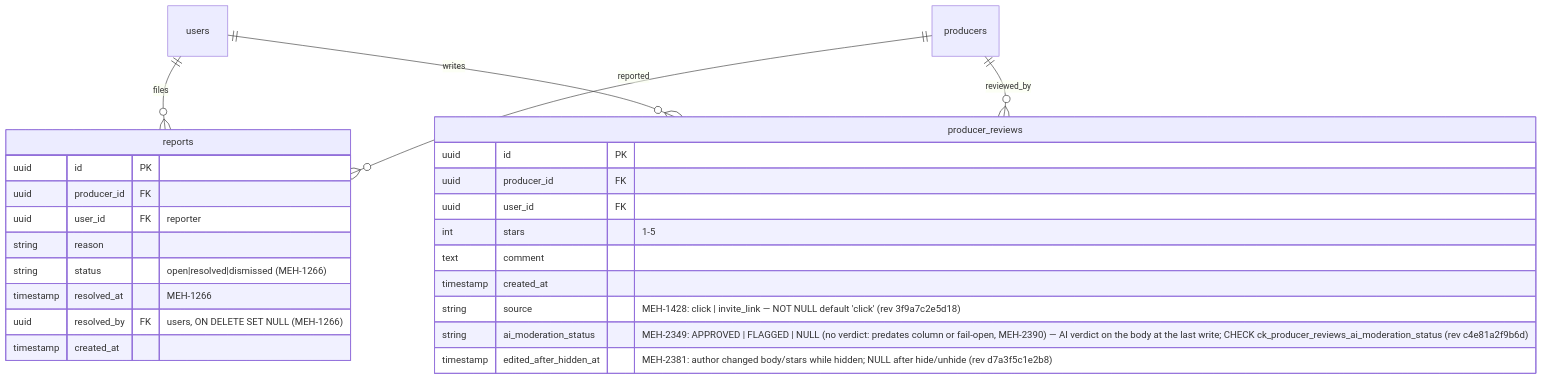
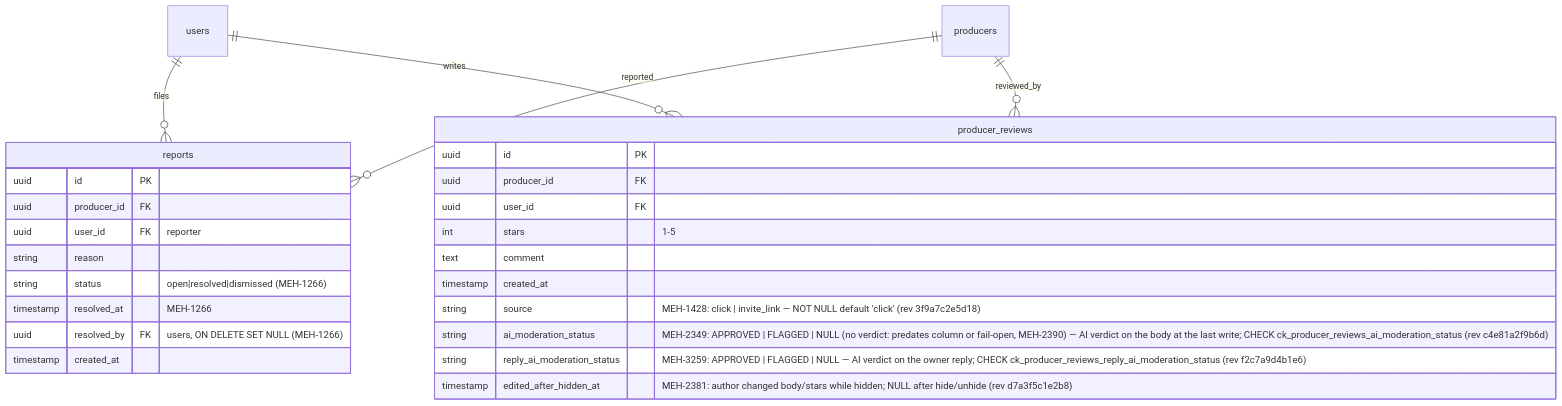
The third of 4 diagrams in .ai/diagrams/db-schema.md (levismadar80-ship-it/FoodMamkor), drawn with Mermaid before and after one commit. The commit also changed 17 other files, not shown here.

First line of the commit message:
feat(reviews): AI check on the owner's reply + admin can remove it (MEH-3259)

````diff
--- a/.ai/diagrams/db-schema.md
+++ b/.ai/diagrams/db-schema.md
@@ -318,30 +318,31 @@
 ```mermaid
 erDiagram
     users ||--o{ reports : "files"
     users ||--o{ producer_reviews : "writes"
     producers ||--o{ reports : "reported"
     producers ||--o{ producer_reviews : "reviewed_by"
 
     reports {
         uuid id PK
         uuid producer_id FK
         uuid user_id FK "reporter"
         string reason
         string status "open|resolved|dismissed (MEH-1266)"
         timestamp resolved_at "MEH-1266"
         uuid resolved_by FK "users, ON DELETE SET NULL (MEH-1266)"
         timestamp created_at
     }
 
     producer_reviews {
         uuid id PK
         uuid producer_id FK
         uuid user_id FK
         int stars "1-5"
         text comment
         timestamp created_at
         string source "MEH-1428: click | invite_link — NOT NULL default 'click' (rev 3f9a7c2e5d18)"
         string ai_moderation_status "MEH-2349: APPROVED | FLAGGED | NULL (no verdict: predates column or fail-open, MEH-2390) — AI verdict on the body at the last write; CHECK ck_producer_reviews_ai_moderation_status (rev c4e81a2f9b6d)"
+        string reply_ai_moderation_status "MEH-3259: APPROVED | FLAGGED | NULL — AI verdict on the owner reply; CHECK ck_producer_reviews_reply_ai_moderation_status (rev f2c7a9d4b1e6)"
         timestamp edited_after_hidden_at "MEH-2381: author changed body/stars while hidden; NULL after hide/unhide (rev d7a3f5c1e2b8)"
     }
 ```
````
